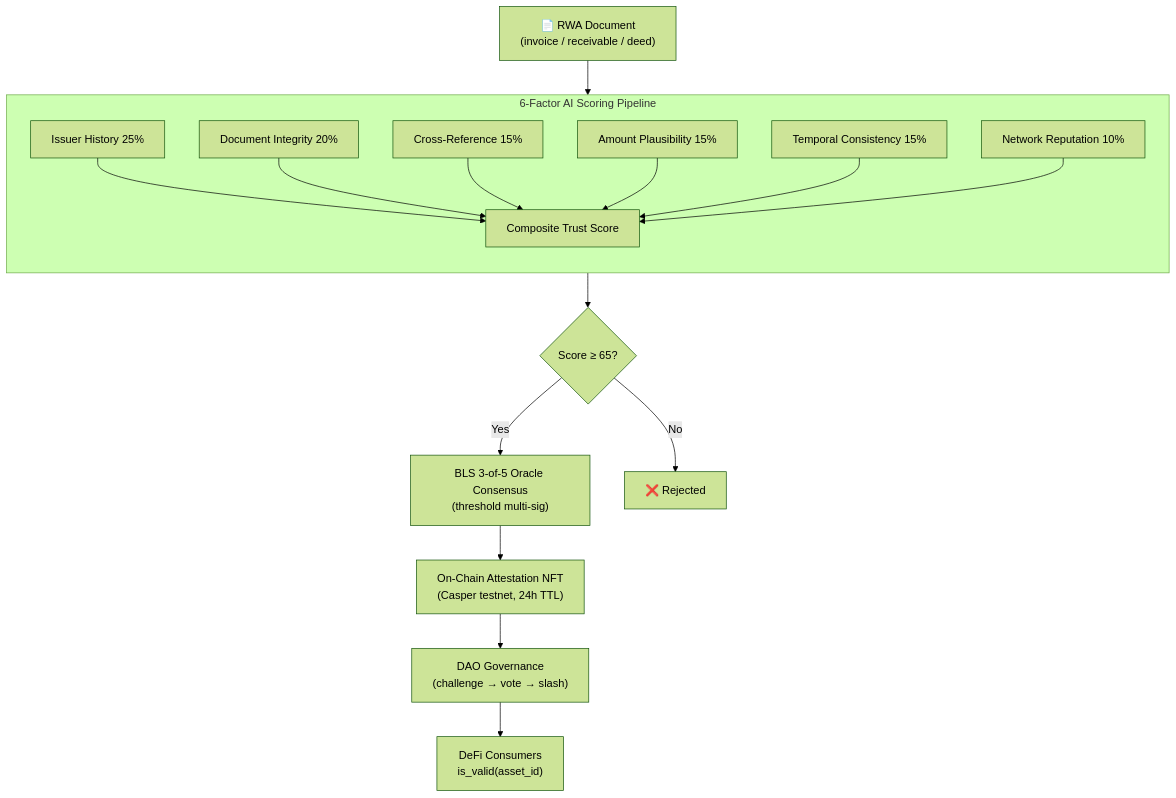
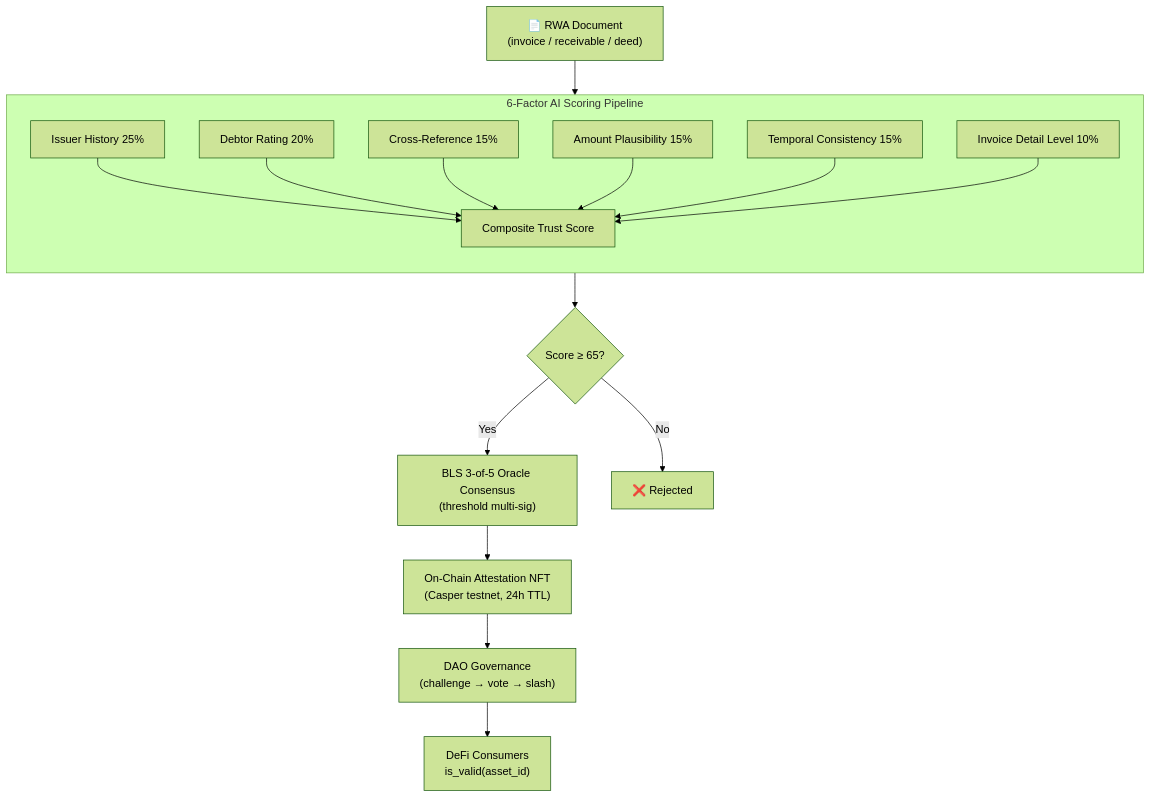
Before and after one commit to triumphkrug/RWA-Sentinel: the first of 6 diagrams in README.md, drawn with Mermaid (forest theme). The commit also changed other lines of this file and 19 other files, not shown here.

````diff
--- a/README.md
+++ b/README.md
@@ -125,22 +125,22 @@
 ```mermaid
 flowchart TD
     A["📄 RWA Document\n(invoice / receivable / deed)"] --> B["6-Factor Scoring Pipeline"]
 
     subgraph B["6-Factor AI Scoring Pipeline"]
         direction TB
         B1["Issuer History 25%"] --> SCORE["Composite Trust Score"]
-        B2["Document Integrity 20%"] --> SCORE
+        B2["Debtor Rating 20%"] --> SCORE
         B3["Cross-Reference 15%"] --> SCORE
         B4["Amount Plausibility 15%"] --> SCORE
         B5["Temporal Consistency 15%"] --> SCORE
-        B6["Network Reputation 10%"] --> SCORE
+        B6["Invoice Detail Level 10%"] --> SCORE
     end
 
     SCORE --> C{Score ≥ 65?}
     C -->|Yes| D["BLS 3-of-5 Oracle Consensus\n(threshold multi-sig)"]
     C -->|No| REJECT["❌ Rejected"]
 
     D --> E["On-Chain Attestation NFT\n(Casper testnet, 24h TTL)"]
     E --> F["DAO Governance\n(challenge → vote → slash)"]
     F --> G["DeFi Consumers\nis_valid(asset_id)"]
 ```
````
